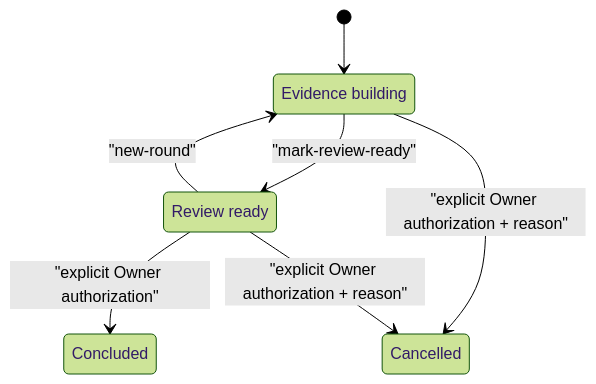
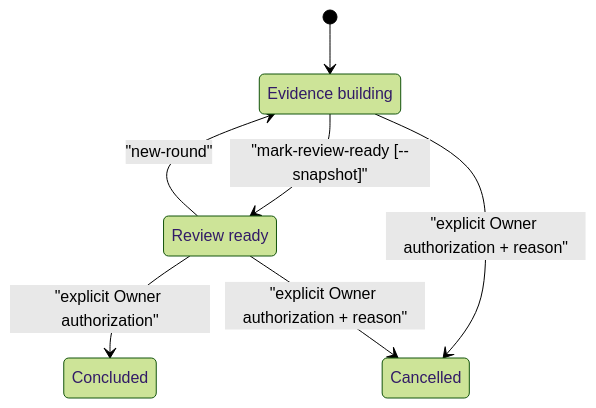
One commit to XiaoWeiKIN/RepoFoundryAI changed the diagram in engineering-research/references/research.md. Above: the diagram before and after it, drawn with Mermaid (forest theme). The commit also changed other lines of this file and 12 other files, not shown here.

````diff
--- a/engineering-research/references/research.md
+++ b/engineering-research/references/research.md
@@ -87,14 +87,14 @@
 ```mermaid
 stateDiagram-v2
     state "Evidence building" as Building
     state "Review ready" as Review
     state "Concluded" as Concluded
     state "Cancelled" as Cancelled
 
     [*] --> Building
-    Building --> Review: "mark-review-ready"
+    Building --> Review: "mark-review-ready [--snapshot]"
     Review --> Building: "new-round"
     Review --> Concluded: "explicit Owner authorization"
     Building --> Cancelled: "explicit Owner authorization + reason"
     Review --> Cancelled: "explicit Owner authorization + reason"
 ```
````
